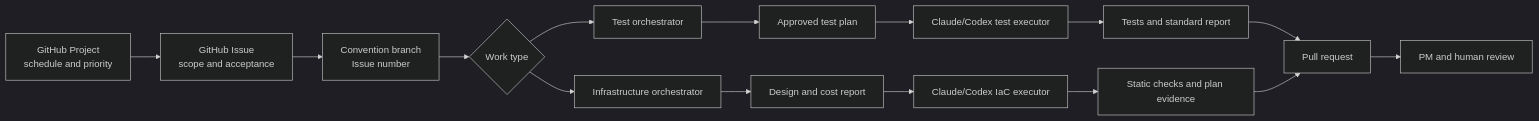
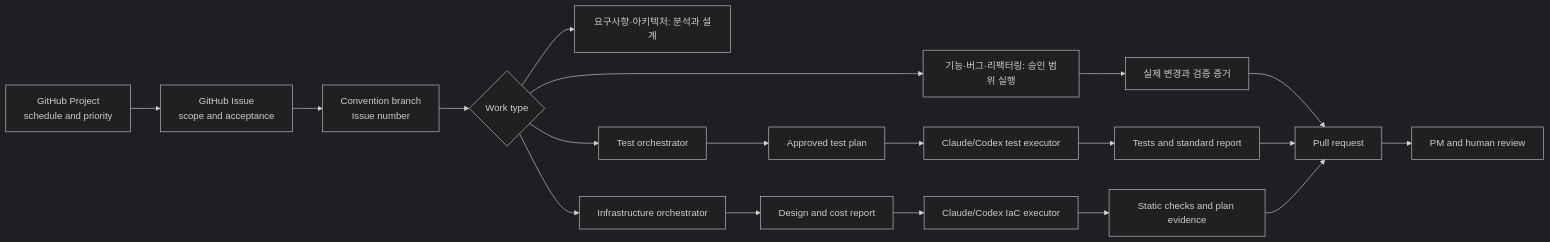
Before and after one commit to dnd-side-project/dnd-15th-2-backend: the first of 3 diagrams in docs/harness/ARCHITECTURE.md, drawn with Mermaid (dark theme). The commit also changed other lines of this file and 48 other files, not shown here.

````diff
--- a/docs/harness/ARCHITECTURE.md
+++ b/docs/harness/ARCHITECTURE.md
@@ -5,17 +5,21 @@
 ```mermaid
 flowchart LR
     Project["GitHub Project<br/>schedule and priority"] --> Issue["GitHub Issue<br/>scope and acceptance"]
     Issue --> Branch["Convention branch<br/>Issue number"]
     Branch --> Router{"Work type"}
+    Router --> Software["기능·버그·리팩터링: 승인 범위 실행"]
+    Router --> Analysis["요구사항·아키텍처: 분석과 설계"]
+    Software --> EvidenceS["실제 변경과 검증 증거"]
+    EvidenceS --> PR
     Router --> TestO["Test orchestrator"]
     Router --> InfraO["Infrastructure orchestrator"]
     TestO --> TestPlan["Approved test plan"]
     InfraO --> InfraPlan["Design and cost report"]
     TestPlan --> TestE["Claude/Codex test executor"]
     InfraPlan --> InfraE["Claude/Codex IaC executor"]
     TestE --> Evidence["Tests and standard report"]
     InfraE --> Evidence2["Static checks and plan evidence"]
     Evidence --> PR["Pull request"]
     Evidence2 --> PR
     PR --> Review["PM and human review"]
 ```
````
